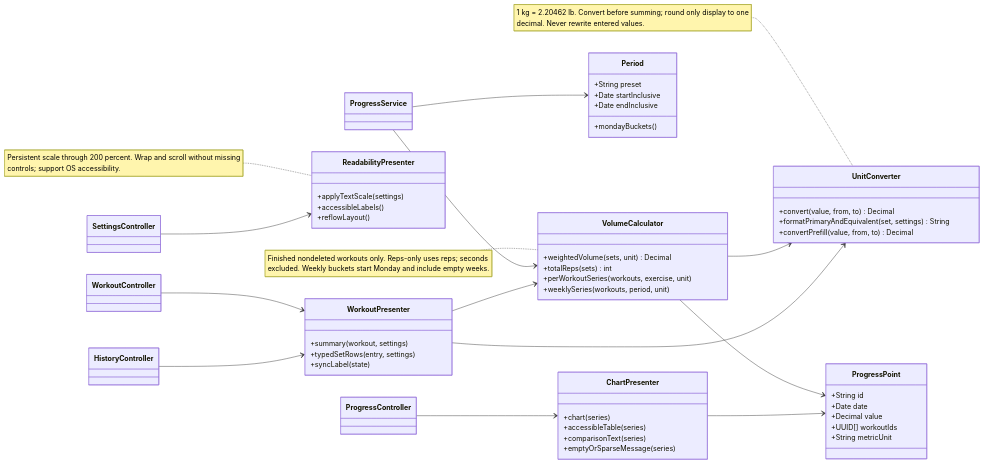
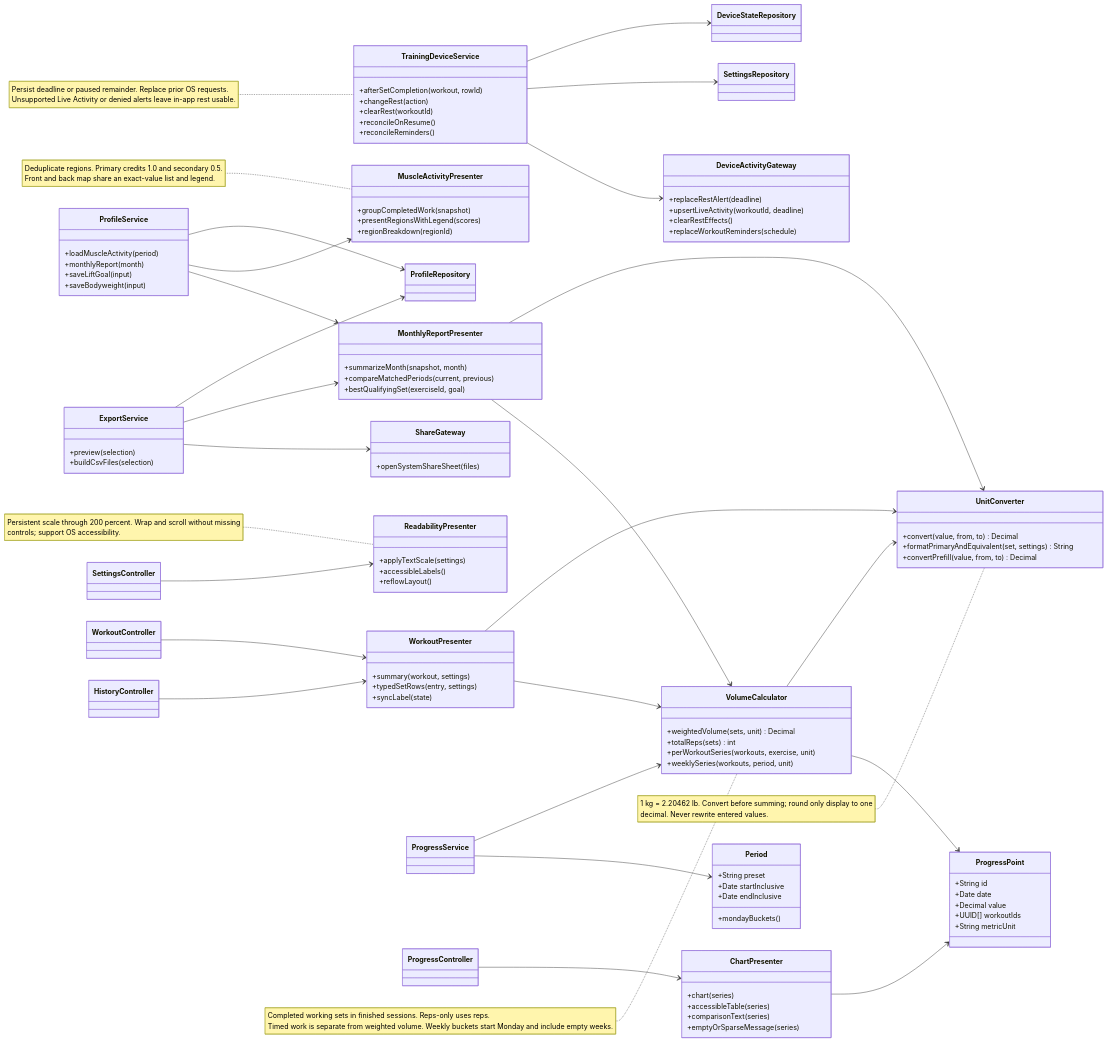
One commit to SebasLopez2005/SWEProject1 changed the ninth of 50 diagrams in docs/part2/design/README.md. Above: the diagram before and after it, drawn with Mermaid. The commit also changed other lines of this file and 47 other files, not shown here.

First line of the commit message:
Commit the planned-training design baseline used as One Shot 1 input

````diff
--- a/docs/part2/design/README.md
+++ b/docs/part2/design/README.md
@@ -776,11 +1040,58 @@
       +comparisonText(series)
       +emptyOrSparseMessage(series)
     }
+    class ProfileService {
+      +loadMuscleActivity(period)
+      +monthlyReport(month)
+      +saveLiftGoal(input)
+      +saveBodyweight(input)
+    }
+    class MuscleActivityPresenter {
+      +groupCompletedWork(snapshot)
+      +presentRegionsWithLegend(scores)
+      +regionBreakdown(regionId)
+    }
+    class MonthlyReportPresenter {
+      +summarizeMonth(snapshot, month)
+      +compareMatchedPeriods(current, previous)
+      +bestQualifyingSet(exerciseId, goal)
+    }
+    class ExportService {
+      +preview(selection)
+      +buildCsvFiles(selection)
+    }
+    class ShareGateway {
+      +openSystemShareSheet(files)
+    }
+    class TrainingDeviceService {
+      +afterSetCompletion(workout, rowId)
+      +changeRest(action)
+      +clearRest(workoutId)
+      +reconcileOnResume()
+      +reconcileReminders()
+    }
+    class DeviceActivityGateway {
+      +replaceRestAlert(deadline)
+      +upsertLiveActivity(workoutId, deadline)
+      +clearRestEffects()
+      +replaceWorkoutReminders(schedule)
+    }
     class ReadabilityPresenter {
       +applyTextScale(settings)
       +accessibleLabels()
       +reflowLayout()
     }
+    ProfileService --> ProfileRepository
+    ProfileService --> MuscleActivityPresenter
+    ProfileService --> MonthlyReportPresenter
+    MonthlyReportPresenter --> UnitConverter
+    MonthlyReportPresenter --> VolumeCalculator
+    ExportService --> ProfileRepository
+    ExportService --> MonthlyReportPresenter
+    ExportService --> ShareGateway
+    TrainingDeviceService --> DeviceStateRepository
+    TrainingDeviceService --> SettingsRepository
+    TrainingDeviceService --> DeviceActivityGateway
     ProgressService --> VolumeCalculator
     ProgressService --> Period
     VolumeCalculator --> UnitConverter
@@ -793,6 +1104,8 @@
     ProgressController --> ChartPresenter
     SettingsController --> ReadabilityPresenter
     note for UnitConverter "1 kg = 2.20462 lb. Convert before summing; round only display to one<br/>decimal. Never rewrite entered values."
-    note for VolumeCalculator "Finished nondeleted workouts only. Reps-only uses reps; seconds<br/>excluded. Weekly buckets start Monday and include empty weeks."
+    note for VolumeCalculator "Completed working sets in finished sessions. Reps-only uses reps.<br/>Timed work is separate from weighted volume. Weekly buckets start Monday and include empty weeks."
+    note for MuscleActivityPresenter "Deduplicate regions. Primary credits 1.0 and secondary 0.5.<br/>Front and back map share an exact-value list and legend."
+    note for TrainingDeviceService "Persist deadline or paused remainder. Replace prior OS requests.<br/>Unsupported Live Activity or denied alerts leave in-app rest usable."
     note for ReadabilityPresenter "Persistent scale through 200 percent. Wrap and scroll without missing<br/>controls; support OS accessibility."
 ```
````
